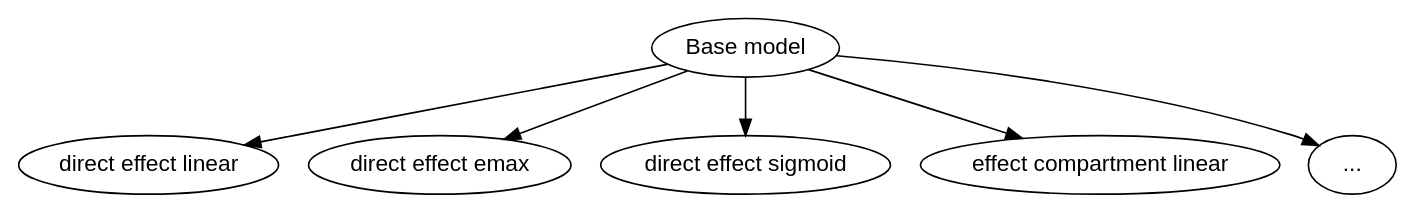
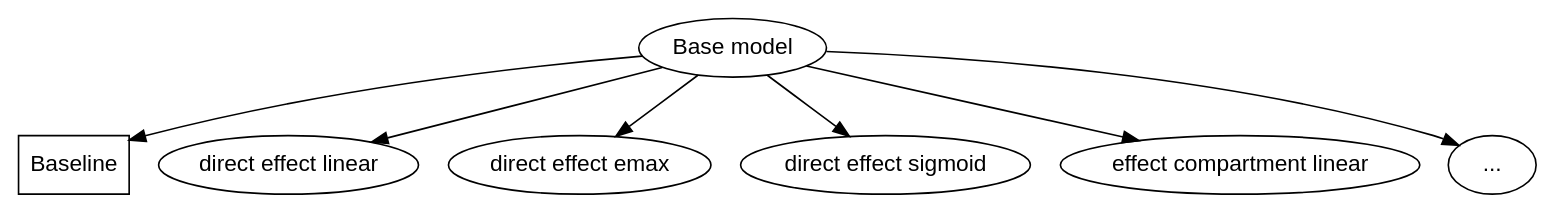
One commit to pharmpy/pharmpy changed the first of 2 diagrams in docs/structsearch.rst. Above: the diagram before and after it, drawn with Graphviz. The commit also changed other lines of this file and 1 other file, not shown here.

```diff
--- a/docs/structsearch.rst
+++ b/docs/structsearch.rst
@@ -89,17 +99,19 @@
 .. graphviz::
 
     digraph BST {
             node [fontname="Arial"]
             base [label="Base model"]
-            s1 [label="direct effect linear"]
-            s2 [label="direct effect emax"]
-            s3 [label="direct effect sigmoid"]
-            s4 [label="effect compartment linear"]
-            s5 [label="..."]
+            s1 [label="Baseline";shape = rect;]
+            s2 [label="direct effect linear"]
+            s3 [label="direct effect emax"]
+            s4 [label="direct effect sigmoid"]
+            s5 [label="effect compartment linear"]
+            s6 [label="..."]
 
             base -> s1
             base -> s2
             base -> s3
             base -> s4
             base -> s5
+            base -> s6
     }
```
